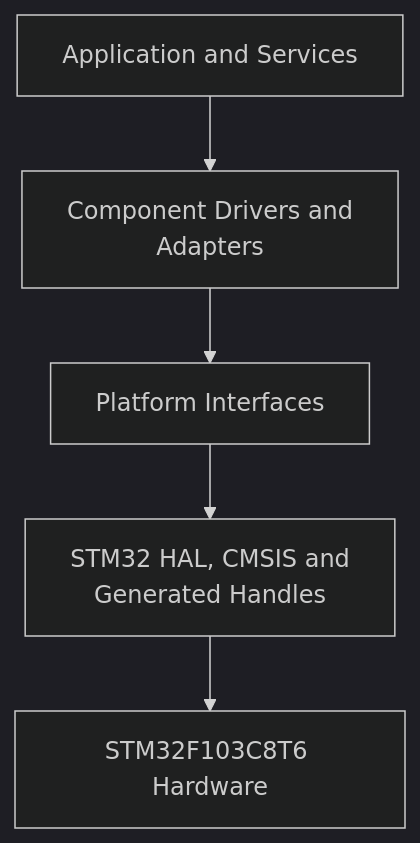
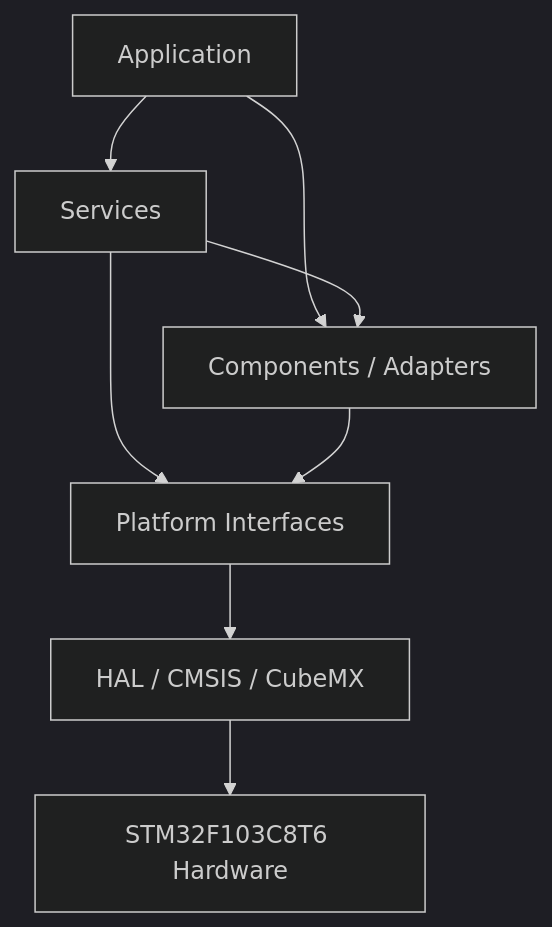
One commit to JP-REY/STM32F103C8T6-Based-Electronic-Lock changed the first of 3 diagrams in Platforms/README.md. Above: the diagram before and after it, drawn with Mermaid (dark theme). The commit also changed other lines of this file and 22 other files, not shown here.

First line of the commit message:
docs: update project architecture and module documentation

````diff
--- a/Platforms/README.md
+++ b/Platforms/README.md
@@ -130,7 +47,17 @@
 ```mermaid
 flowchart TD
-    A["Application and Services"] --> B["Component Drivers and <br/>Adapters"]
-    B --> C["Platform Interfaces"]
-    C --> D["STM32 HAL, CMSIS and <br/>Generated Handles"]
-    D --> E["STM32F103C8T6 Hardware"]
+    APP["Application"]
+    SERVICES["Services"]
+    COMPONENTS["Components / Adapters"]
+    PLATFORM["Platform Interfaces"]
+    HAL["HAL / CMSIS / CubeMX"]
+    HW["STM32F103C8T6 Hardware"]
+
+    APP --> SERVICES
+    APP --> COMPONENTS
+    SERVICES --> COMPONENTS
+    SERVICES --> PLATFORM
+    COMPONENTS --> PLATFORM
+    PLATFORM --> HAL
+    HAL --> HW
 ```
````
